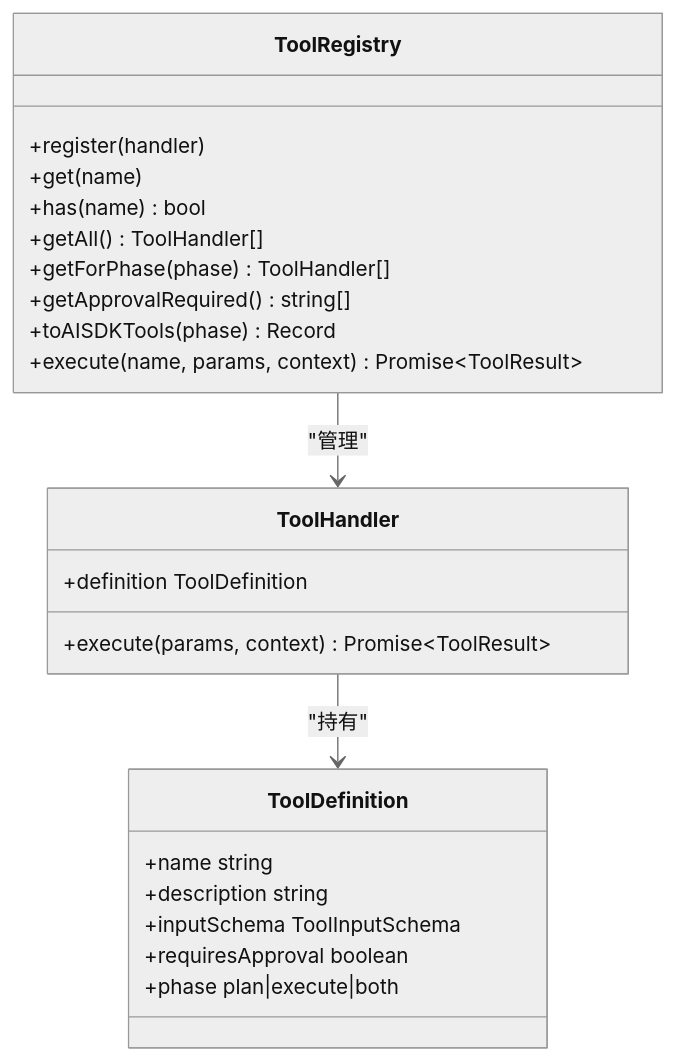
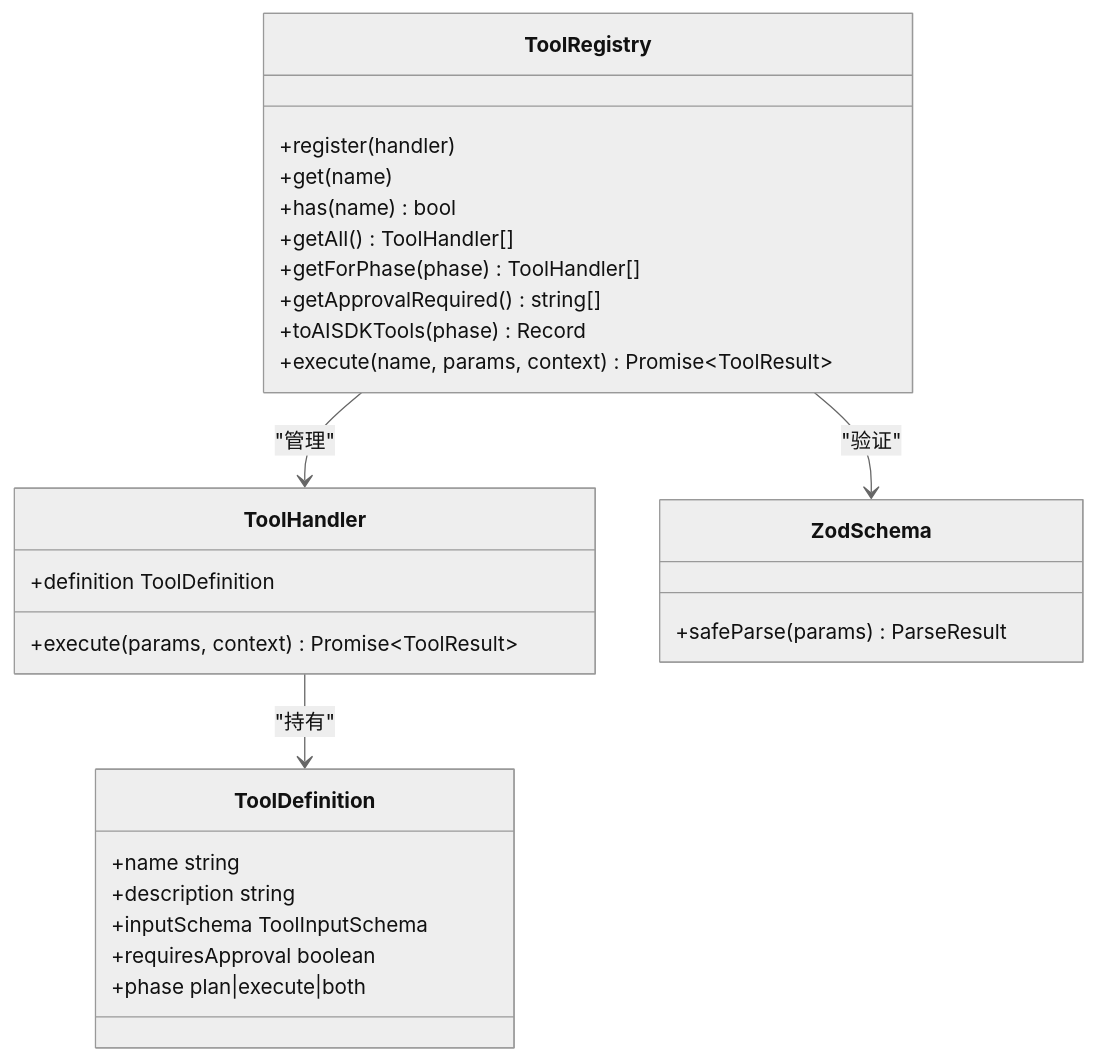
One commit to matter000/Nexus changed the third of 9 diagrams in .qoder/repowiki/zh/content/架构设计/工具系统架构/工具模式验证.md. Above: the diagram before and after it, drawn with Mermaid (neutral theme). The commit also changed other lines of this file and 64 other files, not shown here.

````diff
--- a/.qoder/repowiki/zh/content/架构设计/工具系统架构/工具模式验证.md
+++ b/.qoder/repowiki/zh/content/架构设计/工具系统架构/工具模式验证.md
@@ -138,26 +164,30 @@
 ```mermaid
 classDiagram
 class ToolRegistry {
 +register(handler)
 +get(name)
 +has(name) bool
 +getAll() ToolHandler[]
 +getForPhase(phase) ToolHandler[]
 +getApprovalRequired() string[]
 +toAISDKTools(phase) Record
 +execute(name, params, context) Promise~ToolResult~
 }
 class ToolHandler {
 +definition ToolDefinition
 +execute(params, context) Promise~ToolResult~
 }
 class ToolDefinition {
 +name string
 +description string
 +inputSchema ToolInputSchema
 +requiresApproval boolean
 +phase plan|execute|both
 }
+class ZodSchema {
++safeParse(params) ParseResult
+}
 ToolRegistry --> ToolHandler : "管理"
+ToolRegistry --> ZodSchema : "验证"
 ToolHandler --> ToolDefinition : "持有"
 ```
````
